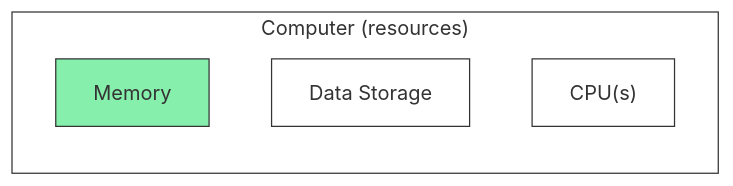
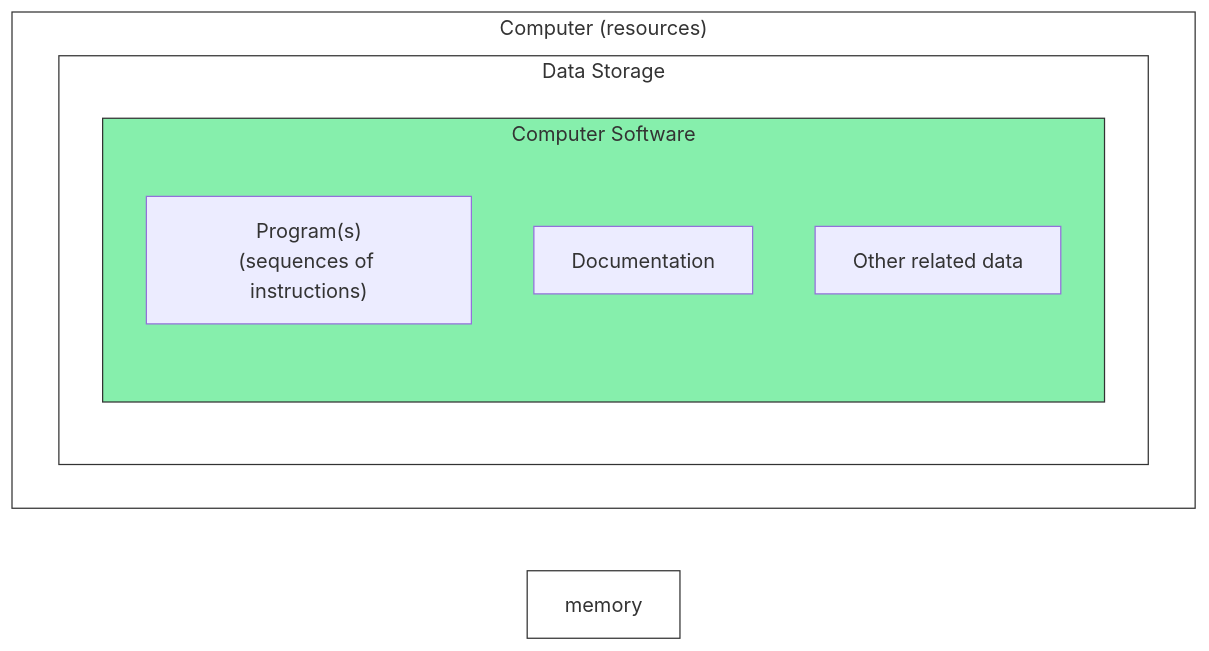
One commit to CU-DBMI/set-website changed the first of 11 diagrams in _posts/2024-01-22-Python-Memory-Management-and-Troubleshooting.md. Above: the diagram before and after it, drawn with Mermaid. The commit also changed other lines of this file, not shown here.

Commit message:
retitle; define processes; update initial diagrams

````diff
--- a/_posts/2024-01-22-Python-Memory-Management-and-Troubleshooting.md
+++ b/_posts/2024-01-22-Python-Memory-Management-and-Troubleshooting.md
@@ -37,15 +35,19 @@
 ```mermaid!
 flowchart LR
 
 subgraph computer ["Computer (resources)"]
-  memory["Memory"]
-  storage["Data Storage"]
-  cpu["CPU(s)"]
+  direction LR
+  subgraph storage["Data Storage"]
+    subgraph software["Computer Software"]
+        program["Program(s)\n(sequences of instructions)"]
+        documentation["Documentation"]
+        other_data["Other related data"]
+    end
+  end
 end
 
 style computer fill:#fff,stroke:#333
 style storage fill:#fff,stroke:#333
-style cpu fill:#fff,stroke:#333
-style memory fill:#86EFAC,stroke:#333
-
+style memory fill:#fff,stroke:#333
+style software fill:#86EFAC,stroke:#333
 ```
````
